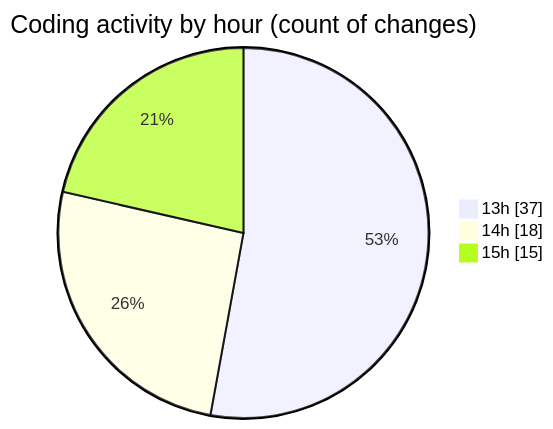
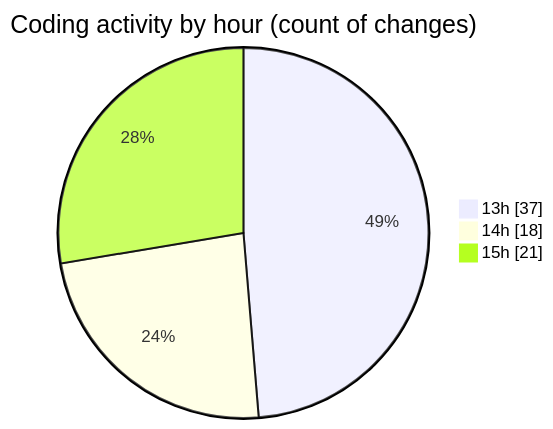
Before and after one commit to Unknowalive/code-tracking: the second of 2 diagrams in 2026-04-11/scripting_workshop/README.md, drawn with Mermaid. The commit also changed other lines of this file and 1 other file, not shown here.

````diff
--- a/2026-04-11/scripting_workshop/README.md
+++ b/2026-04-11/scripting_workshop/README.md
@@ -63,7 +63,7 @@
 ```mermaid
 pie showData
 title Coding activity by hour (count of changes)
 "13h" : 37
 "14h" : 18
-"15h" : 15
+"15h" : 21
 ```
````
